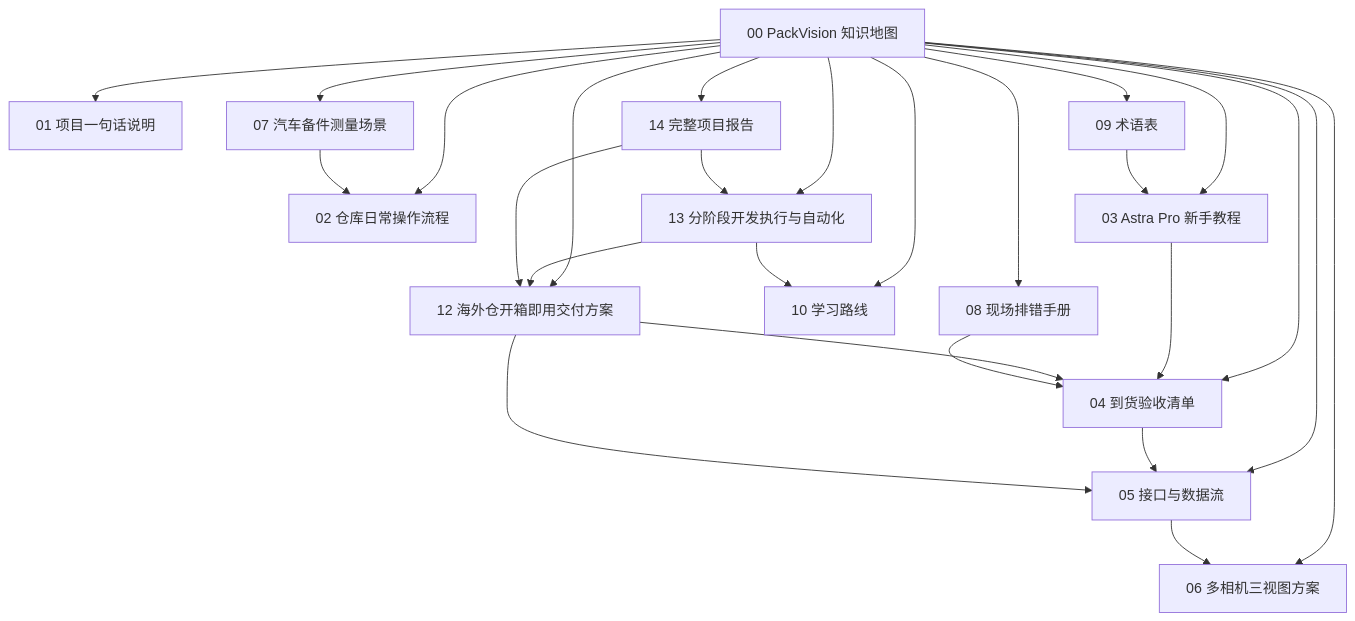
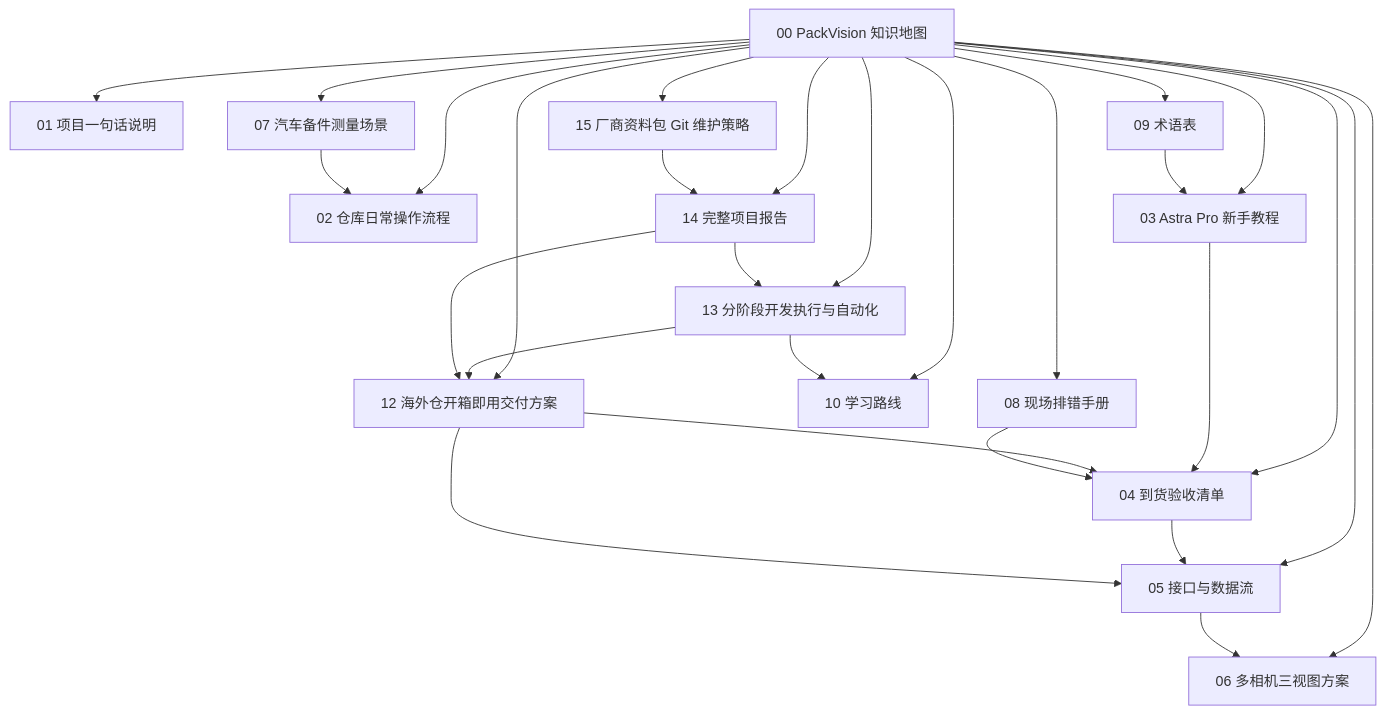
One commit to BilibiliSZdaomei/packvision changed the diagram in docs_obsidian/PackVision/00 PackVision 知识地图.md. Above: the diagram before and after it, drawn with Mermaid. The commit also changed other lines of this file and 9 other files, not shown here.

````diff
--- a/docs_obsidian/PackVision/00 PackVision 知识地图.md
+++ b/docs_obsidian/PackVision/00 PackVision 知识地图.md
@@ -38,28 +39,30 @@
 ```mermaid
 graph TD
   A["00 PackVision 知识地图"] --> B["01 项目一句话说明"]
   A --> C["02 仓库日常操作流程"]
   A --> D["03 Astra Pro 新手教程"]
   A --> E["04 到货验收清单"]
   A --> F["05 接口与数据流"]
   A --> G["06 多相机三视图方案"]
   A --> H["07 汽车备件测量场景"]
   A --> I["08 现场排错手册"]
   A --> J["09 术语表"]
   A --> K["10 学习路线"]
   A --> L["12 海外仓开箱即用交付方案"]
   A --> M["13 分阶段开发执行与自动化"]
   A --> N["14 完整项目报告"]
+  A --> O["15 厂商资料包 Git 维护策略"]
   D --> E
   E --> F
   F --> G
   L --> E
   L --> F
   M --> K
   M --> L
   N --> L
   N --> M
+  O --> N
   H --> C
   I --> E
   J --> D
 ```
````
